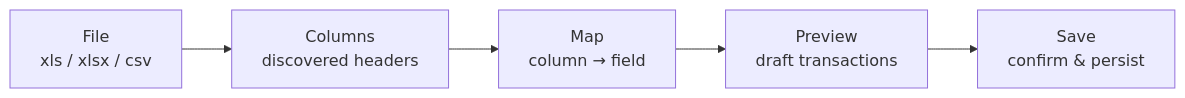
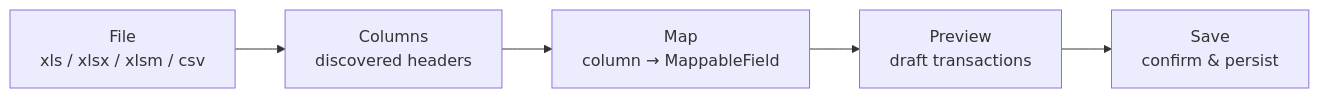
One commit to NotThaDev/KeepItSimple changed the first of 6 diagrams in backend/KeepItSimple.Api/TransactionImportFlow.md. Above: the diagram before and after it, drawn with Mermaid. The commit also changed other lines of this file and 2 other files, not shown here.

````diff
--- a/backend/KeepItSimple.Api/TransactionImportFlow.md
+++ b/backend/KeepItSimple.Api/TransactionImportFlow.md
@@ -12,7 +12,7 @@
 ```mermaid
 flowchart LR
-  A[File<br/>xls / xlsx / csv] --> B[Columns<br/>discovered headers]
-  B --> C[Map<br/>column → field]
+  A[File<br/>xls / xlsx / xlsm / csv] --> B[Columns<br/>discovered headers]
+  B --> C[Map<br/>column → MappableField]
   C --> D[Preview<br/>draft transactions]
   D --> E[Save<br/>confirm & persist]
 ```
````
